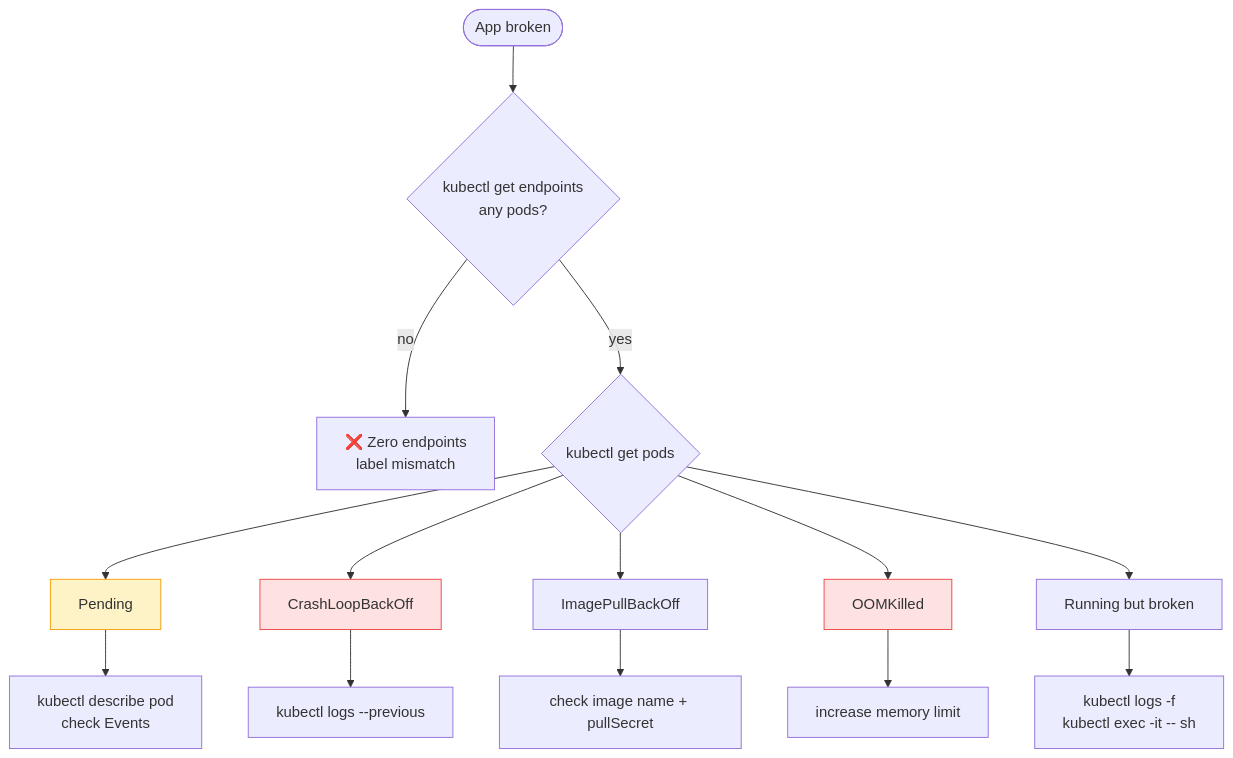
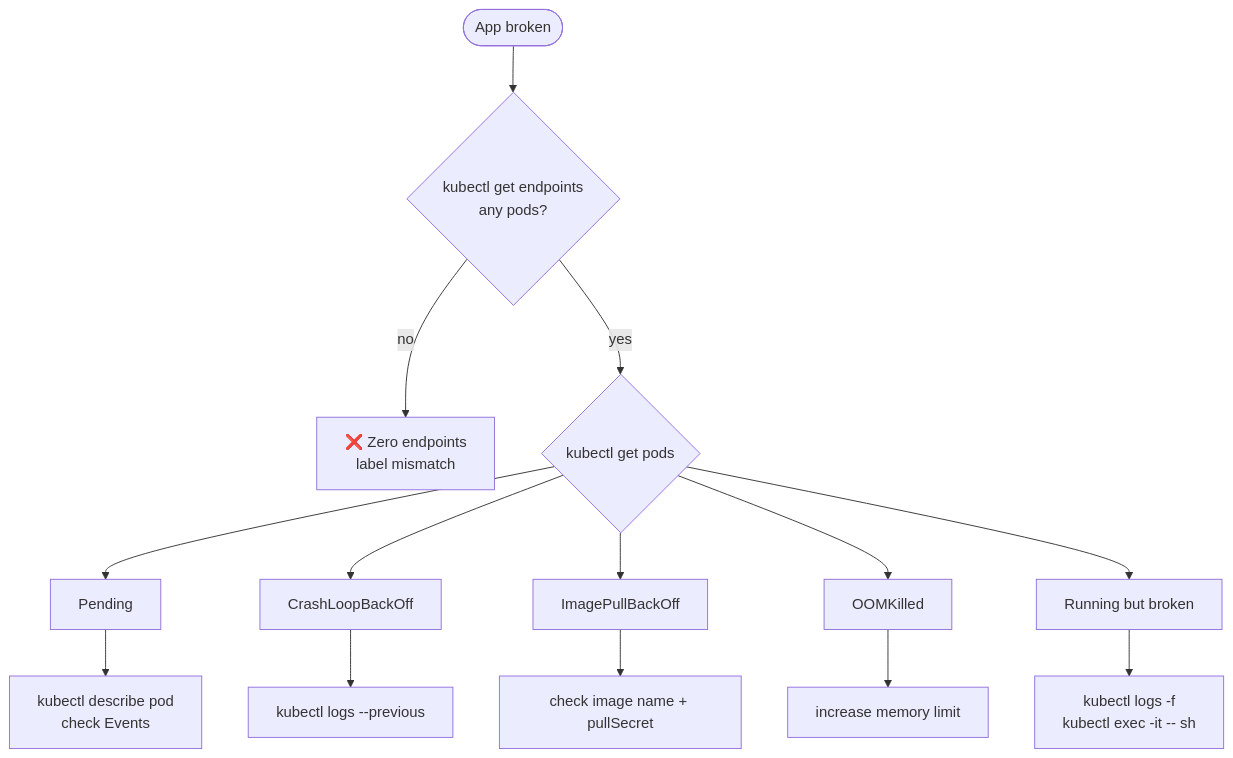
The diagram in content/cka/15-troubleshooting-debug-pods-nodes-control-plane/151-troubleshooting-pods-applications/151-troubleshooting-pods-applications.md (Gautam4424/k8slearn-content), drawn with Mermaid before and after one commit. The commit also changed 40 other files, not shown here.

Commit message:
chore: fix mermaid style regex

````diff
--- a/content/cka/15-troubleshooting-debug-pods-nodes-control-plane/151-troubleshooting-pods-applications/151-troubleshooting-pods-applications.md
+++ b/content/cka/15-troubleshooting-debug-pods-nodes-control-plane/151-troubleshooting-pods-applications/151-troubleshooting-pods-applications.md
@@ -19,18 +19,15 @@
 ```mermaid
 flowchart TD
     START(["App broken"])
     SVC{"kubectl get endpoints\nany pods?"}
     SVC_NO["❌ Zero endpoints\nlabel mismatch"]
     STATUS{"kubectl get pods"}
     PEND["Pending"] --> D1["kubectl describe pod\ncheck Events"]
     CRASH["CrashLoopBackOff"] --> D2["kubectl logs --previous"]
     IMG["ImagePullBackOff"] --> D3["check image name + pullSecret"]
     OOM["OOMKilled"] --> D4["increase memory limit"]
     RUN["Running but broken"] --> D5["kubectl logs -f\nkubectl exec -it -- sh"]
     START --> SVC
     SVC -->|no| SVC_NO
     SVC -->|yes| STATUS --> PEND & CRASH & IMG & OOM & RUN
-    style CRASH fill:#fee2e2,stroke:#ef4444
-    style OOM fill:#fee2e2,stroke:#ef4444
-    style PEND fill:#fef3c7,stroke:#f59e0b
 ```
````
